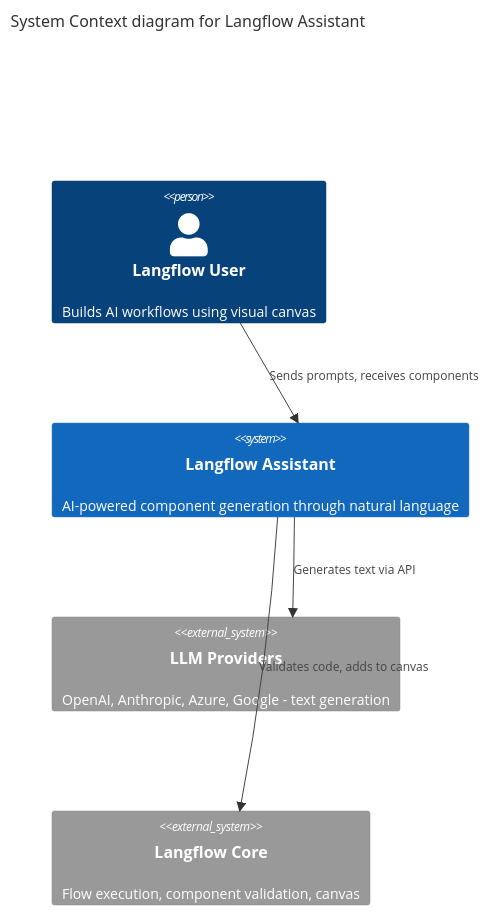
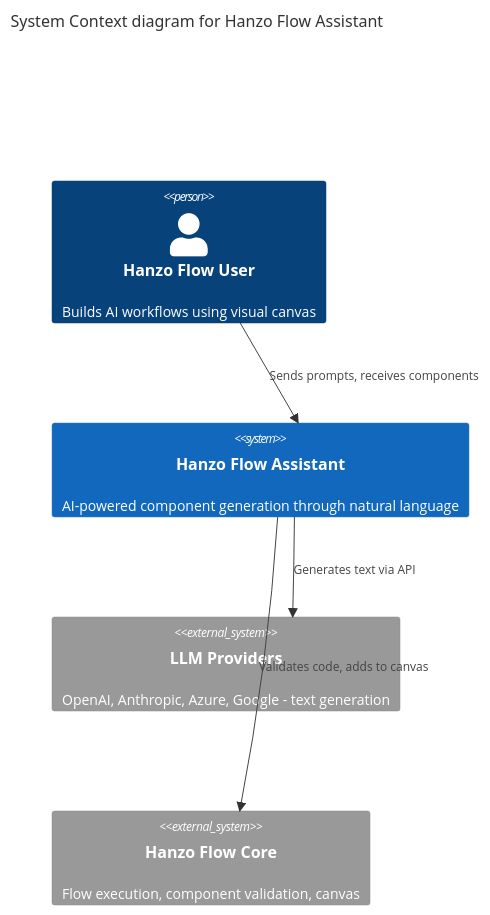
One commit to hanzoai/flow changed the first of 3 diagrams in docs/features/langflow-assistant.md. Above: the diagram before and after it, drawn with Mermaid. The commit also changed other lines of this file and 981 other files, not shown here.

First line of the commit message:
refactor(rebrand): langflow->flow across docs, starter-project data, CI, tests

````diff
--- a/docs/features/langflow-assistant.md
+++ b/docs/features/langflow-assistant.md
@@ -978,15 +978,15 @@
 ```mermaid
 C4Context
-  title System Context diagram for Langflow Assistant
+  title System Context diagram for Hanzo Flow Assistant
 
-  Person(user, "Langflow User", "Builds AI workflows using visual canvas")
+  Person(user, "Hanzo Flow User", "Builds AI workflows using visual canvas")
 
-  System(assistant, "Langflow Assistant", "AI-powered component generation through natural language")
+  System(assistant, "Hanzo Flow Assistant", "AI-powered component generation through natural language")
 
   System_Ext(llm_providers, "LLM Providers", "OpenAI, Anthropic, Azure, Google - text generation")
-  System_Ext(langflow_core, "Langflow Core", "Flow execution, component validation, canvas")
+  System_Ext(langflow_core, "Hanzo Flow Core", "Flow execution, component validation, canvas")
 
   Rel(user, assistant, "Sends prompts, receives components")
   Rel(assistant, llm_providers, "Generates text via API")
   Rel(assistant, langflow_core, "Validates code, adds to canvas")
 ```
````
